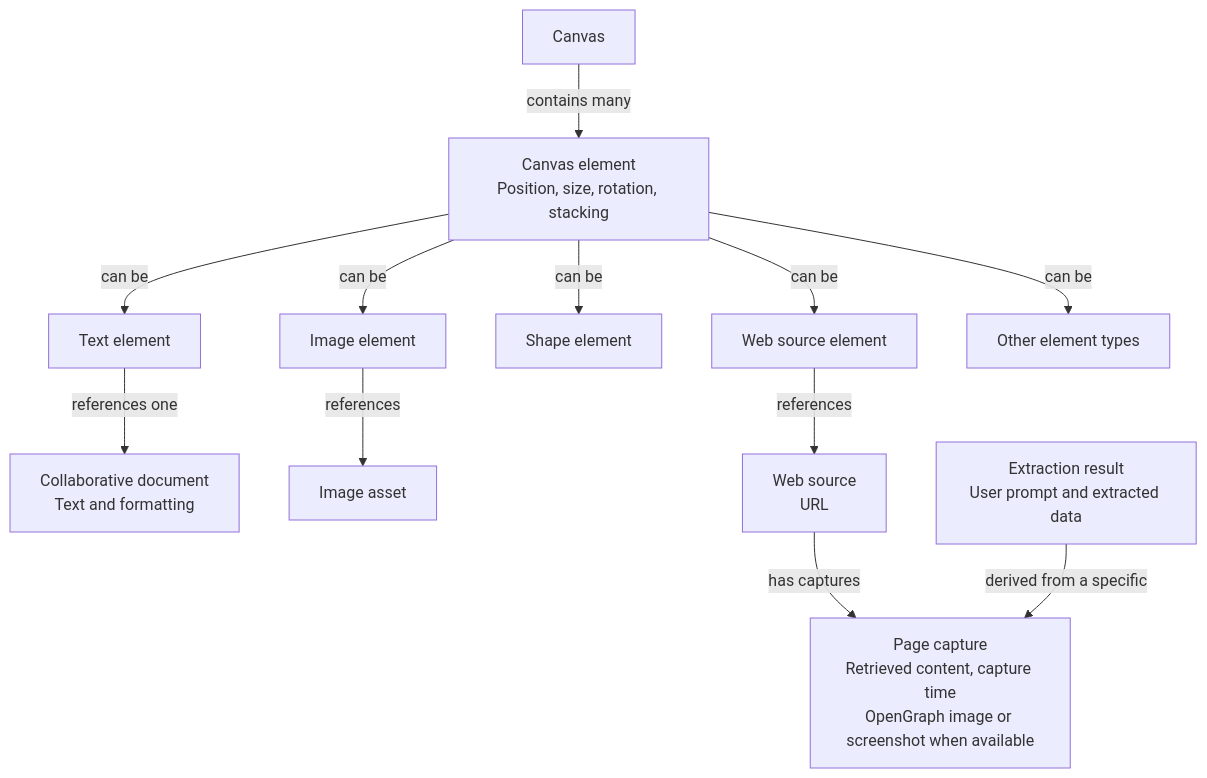
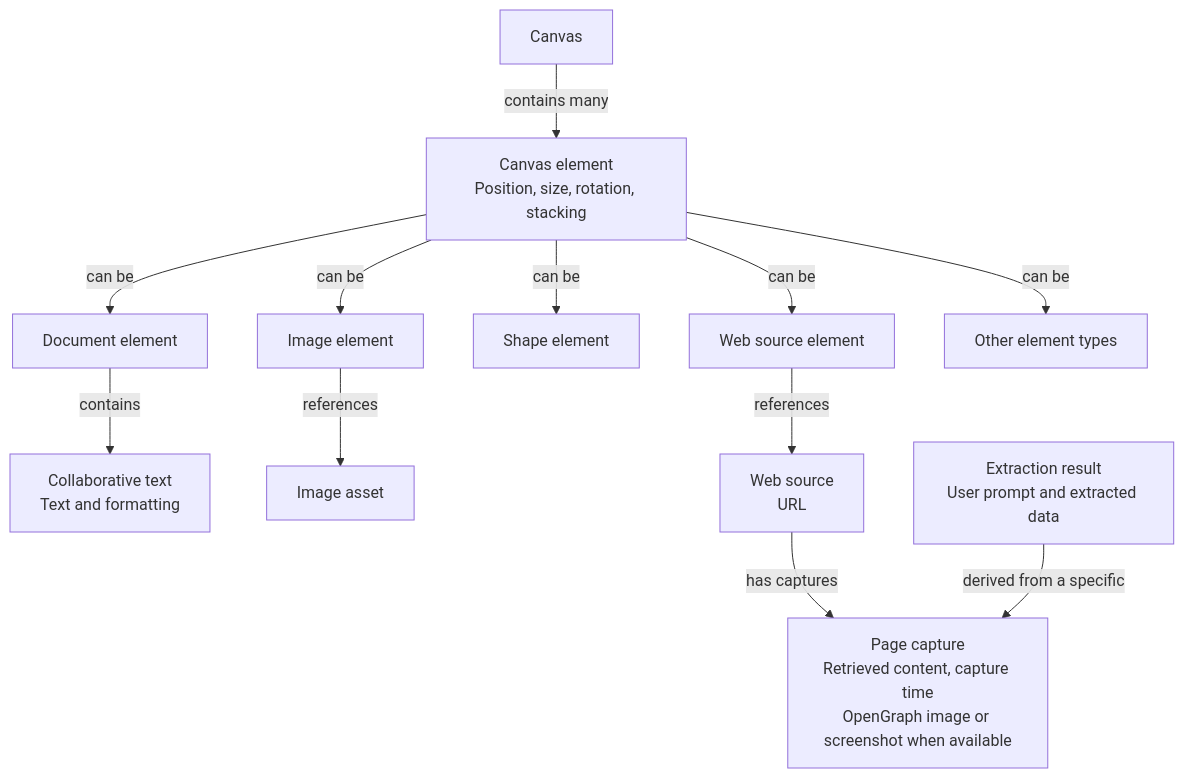
One commit to Kristofir/Pluribus changed the second of 2 diagrams in docs/research/canvas-model.md. Above: the diagram before and after it, drawn with Mermaid. The commit also changed other lines of this file and 102 other files, not shown here.

Commit message:
Build collaborative canvas with document authorship and shared domain models

````diff
--- a/docs/research/canvas-model.md
+++ b/docs/research/canvas-model.md
@@ -43,16 +45,16 @@
 ```mermaid
 flowchart TD
     C["Canvas"] -->|"contains many"| E["Canvas element<br/>Position, size, rotation, stacking"]
 
-    E -->|"can be"| T["Text element"]
+    E -->|"can be"| T["Document element"]
     E -->|"can be"| I["Image element"]
     E -->|"can be"| S["Shape element"]
     E -->|"can be"| WS["Web source element"]
     E -->|"can be"| O["Other element types"]
 
-    T -->|"references one"| D["Collaborative document<br/>Text and formatting"]
+    T -->|"contains"| D["Collaborative text<br/>Text and formatting"]
     I -->|"references"| A["Image asset"]
     WS -->|"references"| SRC["Web source<br/>URL"]
     SRC -->|"has captures"| CAP["Page capture<br/>Retrieved content, capture time<br/>OpenGraph image or screenshot when available"]
     R["Extraction result<br/>User prompt and extracted data"] -->|"derived from a specific"| CAP
 ```
````
